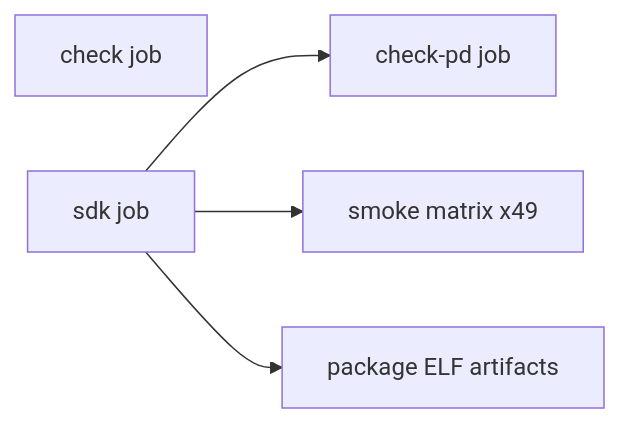
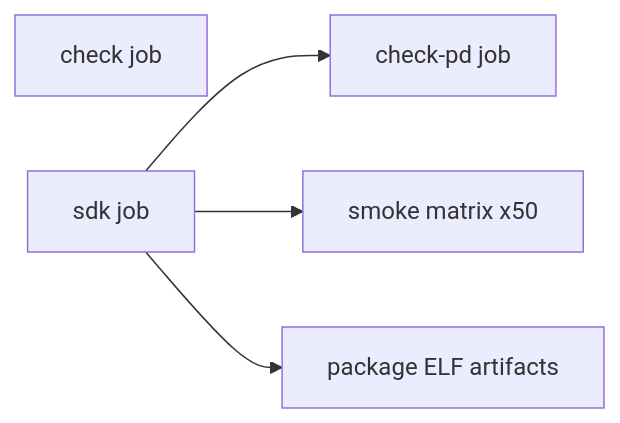
Before and after one commit to julerex/lerux: the diagram in docs/ci.md, drawn with Mermaid. The commit also changed other lines of this file and 21 other files, not shown here.

````diff
--- a/docs/ci.md
+++ b/docs/ci.md
@@ -13,11 +13,11 @@
 ```mermaid
 flowchart LR
   check[check job]
   sdk[sdk job]
   checkPd[check-pd job]
-  smoke[smoke matrix x49]
+  smoke[smoke matrix x50]
   package[package ELF artifacts]
   sdk --> checkPd
   sdk --> smoke
   sdk --> package
 ```
````
